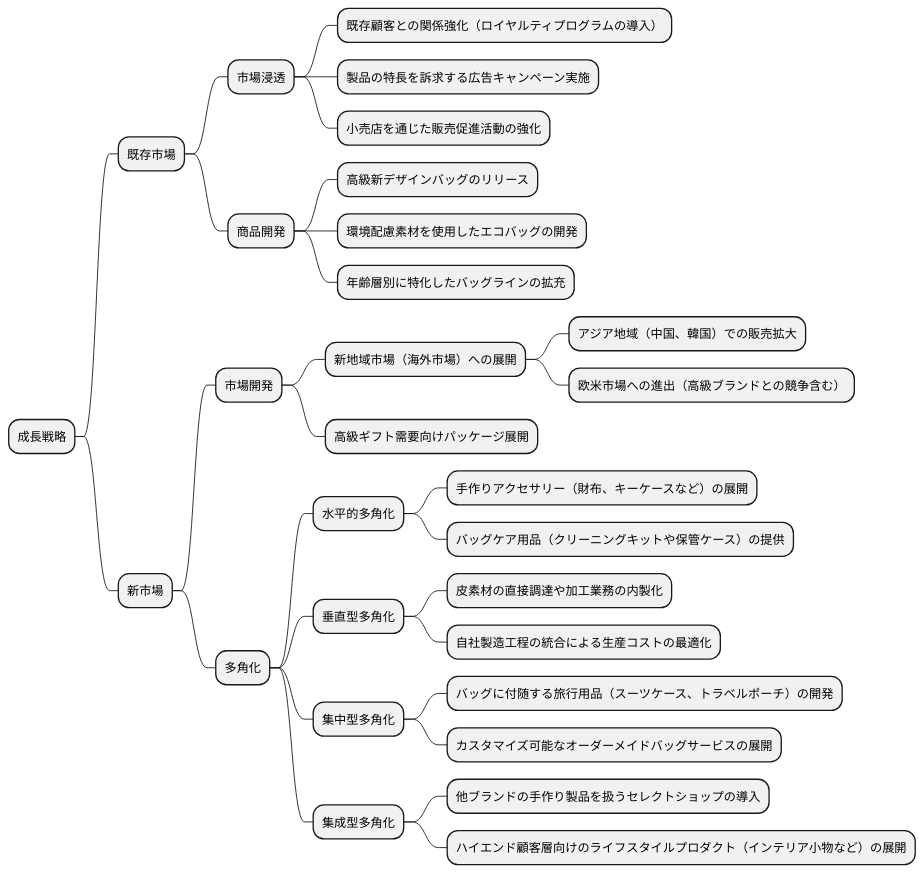
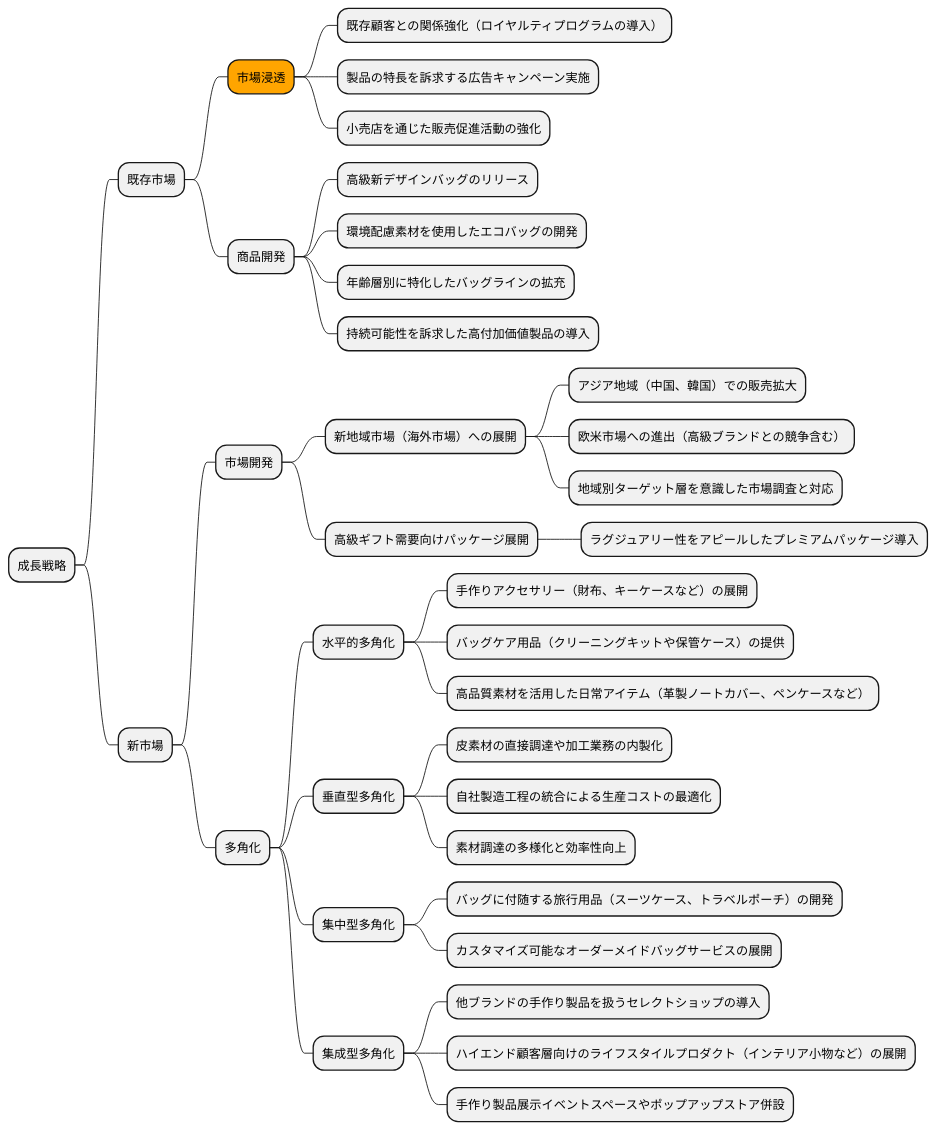
One commit to k2works/case-study-business-analysis changed the sixth of 19 diagrams in docs/case/r03_case_3.adoc. Above: the diagram before and after it, drawn with PlantUML. The commit also changed other lines of this file, not shown here.

```diff
--- a/docs/case/r03_case_3.adoc
+++ b/docs/case/r03_case_3.adoc
@@ -254,36 +271,42 @@
 [plantuml]
 ----
 @startmindmap
 
 * 成長戦略
 ** 既存市場
-*** 市場浸透
+***[#orange] 市場浸透
 **** 既存顧客との関係強化（ロイヤルティプログラムの導入）
 **** 製品の特長を訴求する広告キャンペーン実施
 **** 小売店を通じた販売促進活動の強化
 *** 商品開発
 **** 高級新デザインバッグのリリース
 **** 環境配慮素材を使用したエコバッグの開発
 **** 年齢層別に特化したバッグラインの拡充
+**** 持続可能性を訴求した高付加価値製品の導入
 ** 新市場
 *** 市場開発
 **** 新地域市場（海外市場）への展開
 ***** アジア地域（中国、韓国）での販売拡大
 ***** 欧米市場への進出（高級ブランドとの競争含む）
+***** 地域別ターゲット層を意識した市場調査と対応
 **** 高級ギフト需要向けパッケージ展開
+***** ラグジュアリー性をアピールしたプレミアムパッケージ導入
 *** 多角化
 **** 水平的多角化
 ***** 手作りアクセサリー（財布、キーケースなど）の展開
 ***** バッグケア用品（クリーニングキットや保管ケース）の提供
+***** 高品質素材を活用した日常アイテム（革製ノートカバー、ペンケースなど）
 **** 垂直型多角化
 ***** 皮素材の直接調達や加工業務の内製化
 ***** 自社製造工程の統合による生産コストの最適化
+***** 素材調達の多様化と効率性向上
 **** 集中型多角化
 ***** バッグに付随する旅行用品（スーツケース、トラベルポーチ）の開発
 ***** カスタマイズ可能なオーダーメイドバッグサービスの展開
 **** 集成型多角化
 ***** 他ブランドの手作り製品を扱うセレクトショップの導入
 ***** ハイエンド顧客層向けのライフスタイルプロダクト（インテリア小物など）の展開
+***** 手作り製品展示イベントスペースやポップアップストア併設
 
 @endmindmap
 ----
```
